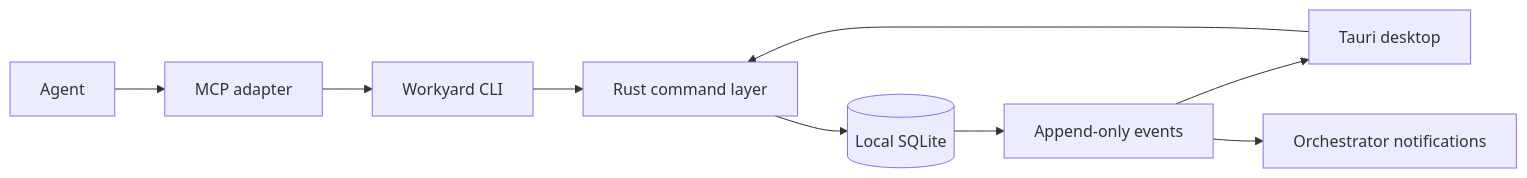
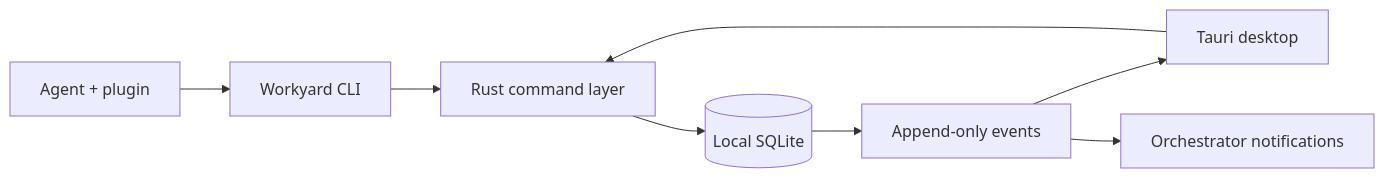
One commit to Jarodwr/workyard changed the diagram in docs/architecture.md. Above: the diagram before and after it, drawn with Mermaid. The commit also changed 16 other files, not shown here.

First line of the commit message:
Group CLI into task/plan/orch/admin, drop MCP, add Claude Code plugin

````diff
--- a/docs/architecture.md
+++ b/docs/architecture.md
@@ -3,11 +3,10 @@
 ```mermaid
 flowchart LR
-    Agent[Agent] --> MCP[MCP adapter]
-    MCP --> CLI[Workyard CLI]
+    Agent[Agent + plugin] --> CLI[Workyard CLI]
     CLI --> Core[Rust command layer]
     Desktop[Tauri desktop] --> Core
     Core --> DB[(Local SQLite)]
     DB --> Events[Append-only events]
     Events --> Desktop
     Events --> Orchestrator[Orchestrator notifications]
 ```
````
